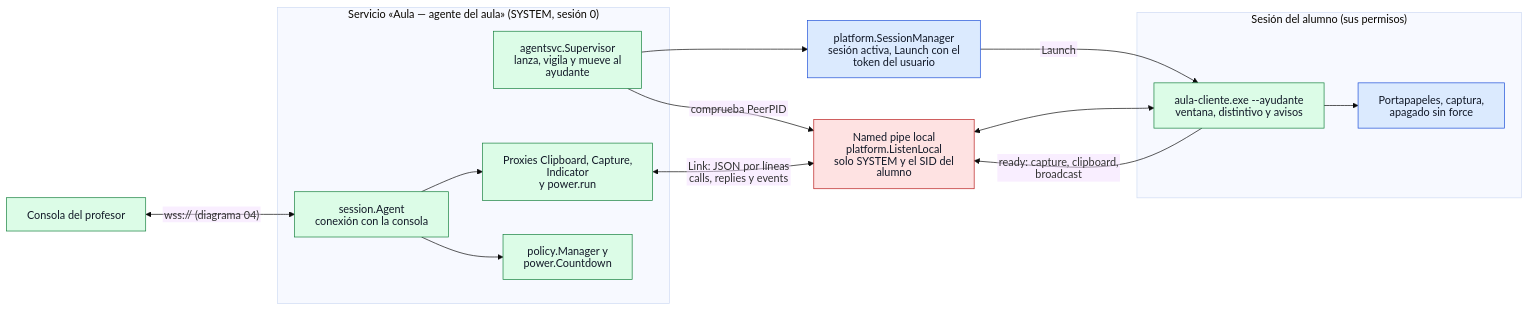
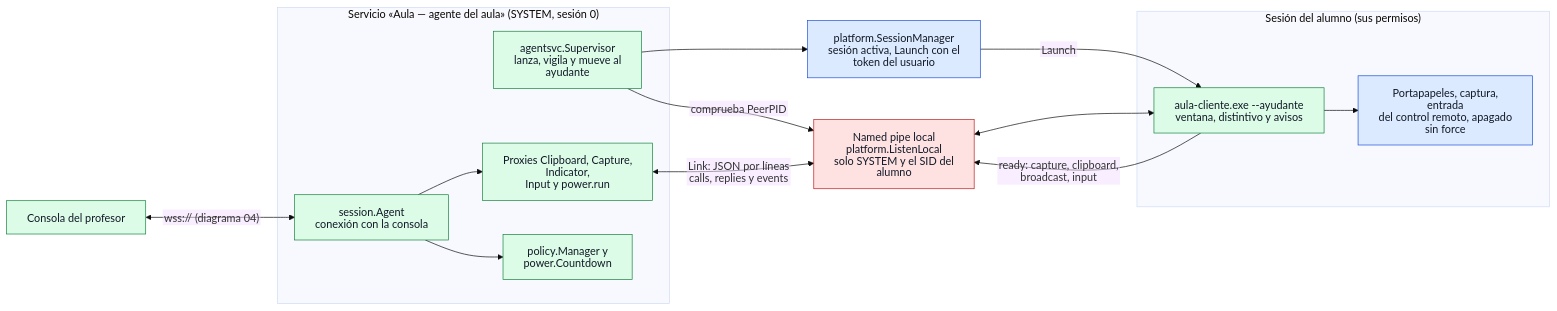
Before and after one commit to bayalad7/aula: the diagram in docs/v1/diagramas/13-agente-servicio.md, drawn with Mermaid (base theme). The commit also changed other lines of this file and 34 other files, not shown here.

First line of the commit message:
documentacion(docs): privacidad, manual, diagramas y pruebas del control remoto

````diff
--- a/docs/v1/diagramas/13-agente-servicio.md
+++ b/docs/v1/diagramas/13-agente-servicio.md
@@ -13,40 +13,40 @@
 ```mermaid
 %%{init: {"htmlLabels": false, "flowchart": {"htmlLabels": false}}}%%
 flowchart LR
     consola["Consola del profesor"]
 
     subgraph svc["Servicio «Aula — agente del aula» (SYSTEM, sesión 0)"]
         agente["session.Agent<br/>conexión con la consola"]
         sup["agentsvc.Supervisor<br/>lanza, vigila y mueve al ayudante"]
-        proxies["Proxies Clipboard, Capture, Indicator<br/>y power.run"]
+        proxies["Proxies Clipboard, Capture, Indicator,<br/>Input y power.run"]
         pol["policy.Manager y power.Countdown"]
     end
 
     pipe["Named pipe local<br/>platform.ListenLocal<br/>solo SYSTEM y el SID del alumno"]
 
     subgraph user["Sesión del alumno (sus permisos)"]
         ayud["aula-cliente.exe --ayudante<br/>ventana, distintivo y avisos"]
-        so["Portapapeles, captura,<br/>apagado sin force"]
+        so["Portapapeles, captura, entrada<br/>del control remoto, apagado sin force"]
     end
 
     sesiones["platform.SessionManager<br/>sesión activa, Launch con el token del usuario"]
 
     consola <-- "wss:// (diagrama 04)" --> agente
     agente --> proxies
     agente --> pol
     sup --> sesiones
     sesiones -- "Launch" --> ayud
     sup -- "comprueba PeerPID" --> pipe
     proxies <-- "Link: JSON por líneas<br/>calls, replies y events" --> pipe
     pipe <--> ayud
-    ayud -- "ready: capture, clipboard, broadcast" --> pipe
+    ayud -- "ready: capture, clipboard, broadcast, input" --> pipe
     ayud --> so
 
     classDef externo fill:#dbeafe,stroke:#1d4ed8,color:#111827
     classDef aula fill:#dcfce7,stroke:#15803d,color:#111827
     classDef datos fill:#ffedd5,stroke:#c2410c,color:#111827
     classDef seguridad fill:#fee2e2,stroke:#b91c1c,color:#111827
     class consola,agente,sup,proxies,pol,ayud aula
     class pipe seguridad
     class so,sesiones externo
 ```
````
